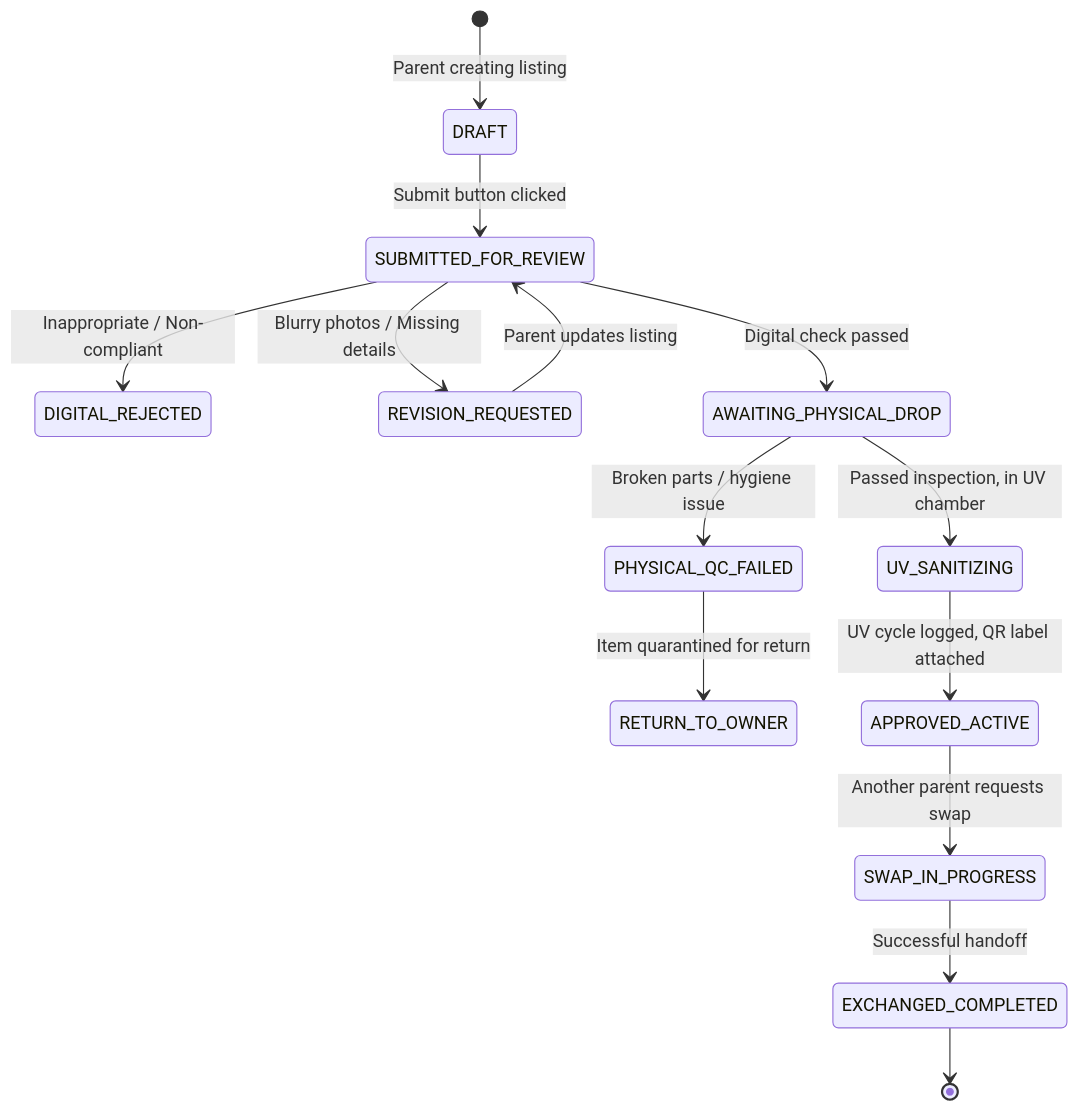
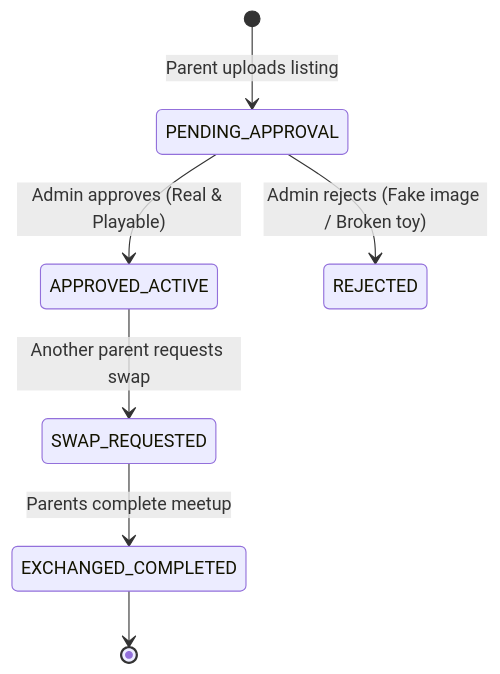
The third of 3 diagrams in docs/architecture/high_level_design_user_flow.md (mayurnemade7/Toy_PromoteAndExhange), drawn with Mermaid before and after one commit. The commit also changed other lines of this file, not shown here.

Commit message:
docs: Refactor HLD to lean P2P community model with simple 2-point digital verification

````diff
--- a/docs/architecture/high_level_design_user_flow.md
+++ b/docs/architecture/high_level_design_user_flow.md
@@ -110,20 +102,11 @@
 ```mermaid
 stateDiagram-v2
-    [*] --> DRAFT: Parent creating listing
-    DRAFT --> SUBMITTED_FOR_REVIEW: Submit button clicked
+    [*] --> PENDING_APPROVAL: Parent uploads listing
     
-    SUBMITTED_FOR_REVIEW --> DIGITAL_REJECTED: Inappropriate / Non-compliant
-    SUBMITTED_FOR_REVIEW --> REVISION_REQUESTED: Blurry photos / Missing details
-    REVISION_REQUESTED --> SUBMITTED_FOR_REVIEW: Parent updates listing
+    PENDING_APPROVAL --> APPROVED_ACTIVE: Admin approves (Real & Playable)
+    PENDING_APPROVAL --> REJECTED: Admin rejects (Fake image / Broken toy)
     
-    SUBMITTED_FOR_REVIEW --> AWAITING_PHYSICAL_DROP: Digital check passed
-    AWAITING_PHYSICAL_DROP --> PHYSICAL_QC_FAILED: Broken parts / hygiene issue
-    PHYSICAL_QC_FAILED --> RETURN_TO_OWNER: Item quarantined for return
-    
-    AWAITING_PHYSICAL_DROP --> UV_SANITIZING: Passed inspection, in UV chamber
-    UV_SANITIZING --> APPROVED_ACTIVE: UV cycle logged, QR label attached
-    
-    APPROVED_ACTIVE --> SWAP_IN_PROGRESS: Another parent requests swap
-    SWAP_IN_PROGRESS --> EXCHANGED_COMPLETED: Successful handoff
+    APPROVED_ACTIVE --> SWAP_REQUESTED: Another parent requests swap
+    SWAP_REQUESTED --> EXCHANGED_COMPLETED: Parents complete meetup
     EXCHANGED_COMPLETED --> [*]
 ```
````
